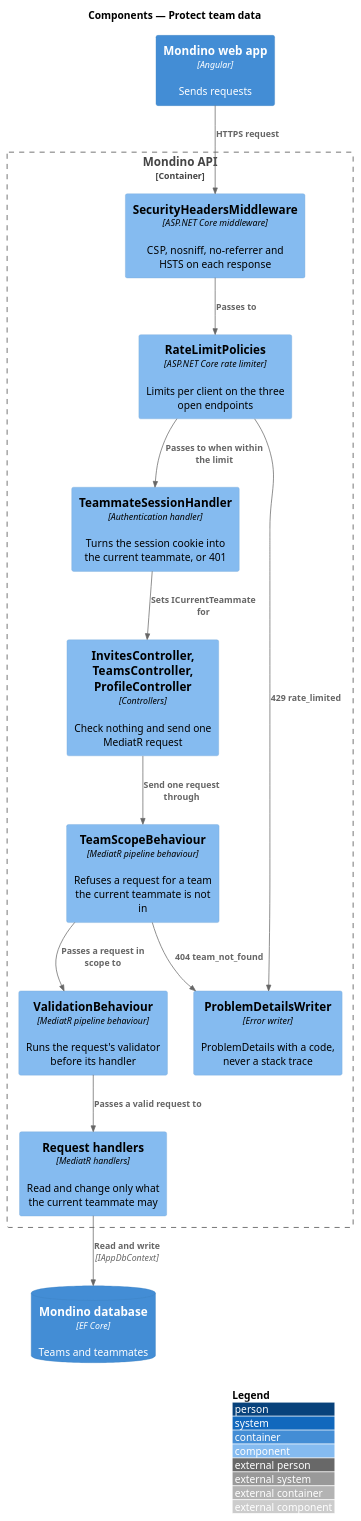
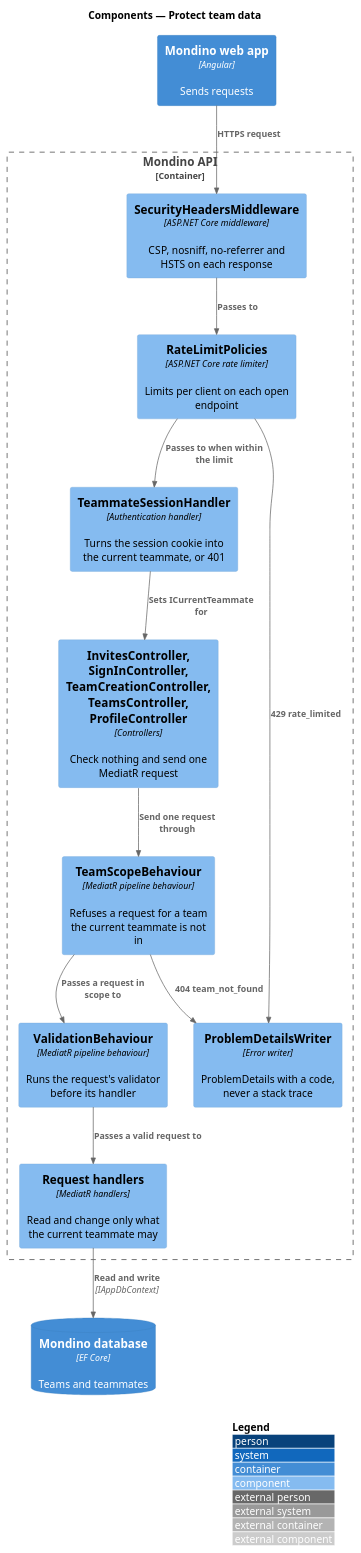
The diagram in docs/detailed-designs/platform/protect-team-data/diagrams/c4-component.puml (QuinntyneBrown/Mondino), drawn with PlantUML before and after one commit. The commit also changed 184 other files, not shown here.

```diff
--- a/docs/detailed-designs/platform/protect-team-data/diagrams/c4-component.puml
+++ b/docs/detailed-designs/platform/protect-team-data/diagrams/c4-component.puml
@@ -1,28 +1,28 @@
 @startuml
 !include <C4/C4_Component>
 LAYOUT_WITH_LEGEND()
 title Components — Protect team data
 
 Container(spa, "Mondino web app", "Angular", "Sends requests")
 Container_Boundary(api, "Mondino API") {
   Component(headers, "SecurityHeadersMiddleware", "ASP.NET Core middleware", "CSP, nosniff, no-referrer and HSTS on each response")
-  Component(limits, "RateLimitPolicies", "ASP.NET Core rate limiter", "Limits per client on the three open endpoints")
+  Component(limits, "RateLimitPolicies", "ASP.NET Core rate limiter", "Limits per client on each open endpoint")
   Component(session, "TeammateSessionHandler", "Authentication handler", "Turns the session cookie into the current teammate, or 401")
-  Component(controllers, "InvitesController, TeamsController, ProfileController", "Controllers", "Check nothing and send one MediatR request")
+  Component(controllers, "InvitesController, SignInController, TeamCreationController, TeamsController, ProfileController", "Controllers", "Check nothing and send one MediatR request")
   Component(scope, "TeamScopeBehaviour", "MediatR pipeline behaviour", "Refuses a request for a team the current teammate is not in")
   Component(validation, "ValidationBehaviour", "MediatR pipeline behaviour", "Runs the request's validator before its handler")
   Component(handlers, "Request handlers", "MediatR handlers", "Read and change only what the current teammate may")
   Component(problems, "ProblemDetailsWriter", "Error writer", "ProblemDetails with a code, never a stack trace")
 }
 ContainerDb(db, "Mondino database", "EF Core", "Teams and teammates")
 Rel(spa, headers, "HTTPS request")
 Rel(headers, limits, "Passes to")
 Rel(limits, session, "Passes to when within the limit")
 Rel(session, controllers, "Sets ICurrentTeammate for")
 Rel(controllers, scope, "Send one request through")
 Rel(scope, validation, "Passes a request in scope to")
 Rel(validation, handlers, "Passes a valid request to")
 Rel(handlers, db, "Read and write", "IAppDbContext")
 Rel(scope, problems, "404 team_not_found")
 Rel(limits, problems, "429 rate_limited")
 @enduml
```
